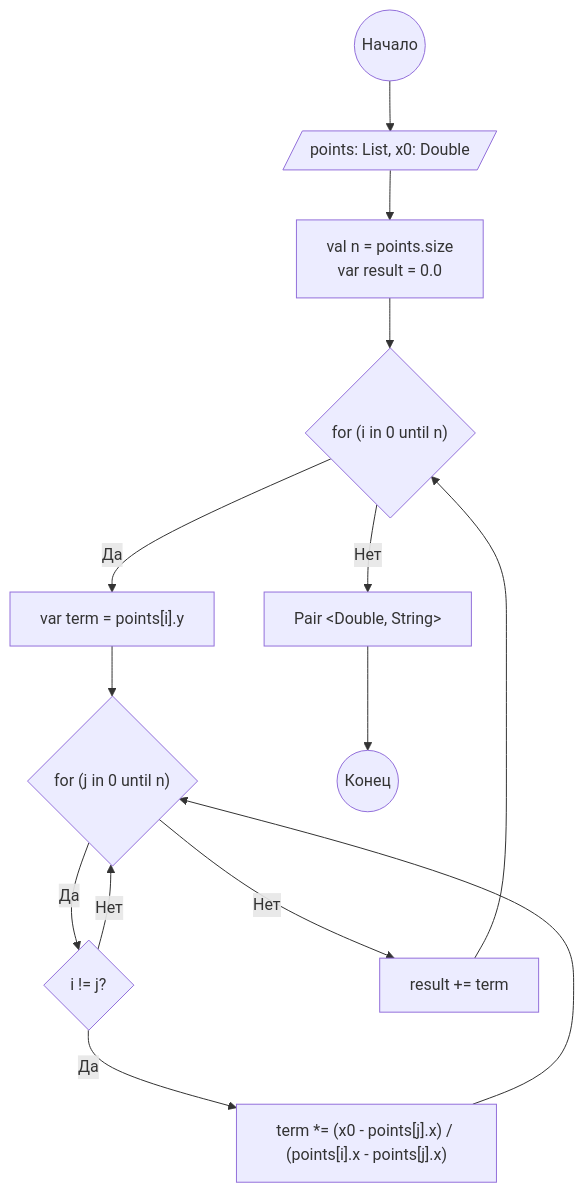
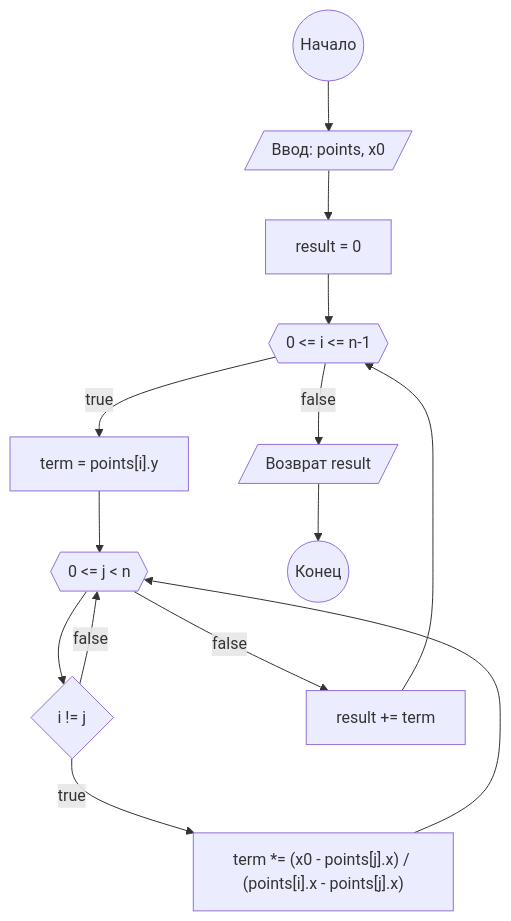
One commit to arekalov/CompMat-lab5 changed the diagram in docs/schemes/lagrange.mmd. Above: the diagram before and after it, drawn with Mermaid. The commit also changed 3 other files, not shown here.

```diff
--- a/docs/schemes/lagrange.mmd
+++ b/docs/schemes/lagrange.mmd
@@ -1,20 +1,18 @@
 graph TD
     A(("Начало"))
-    B[/"points: List<DataPoint>, x0: Double"/]
-    C["val n = points.size\nvar result = 0.0"]
-    D{"for (i in 0 until n)"}
-    E["var term = points[i].y"]
-    F{"for (j in 0 until n)"}
-    G{"i != j?"}
-    H["term *= (x0 - points[j].x) / (points[i].x - points[j].x)"]
-    I["result += term"]
-    J["Pair &lt;Double, String&gt; "]
-    K(("Конец"))
+    B[/"Ввод: points, x0"/]
+    C["result = 0"]
+    D{{"0 <= i <= n-1"}}
+    E["term = points[i].y"]
+    F{{"0 <= j < n"}}
+    COND{"i != j"}
+    G["term *= (x0 - points[j].x) / (points[i].x - points[j].x)"]
+    H["result += term"]
+    I[/"Возврат result"/]
+    J(("Конец"))
 
     A --> B --> C --> D
-    D -- Да --> E --> F
-    F -- Да --> G
-    G -- Да --> H --> F
-    G -- Нет --> F
-    F -- Нет --> I --> D
-    D -- Нет --> J --> K 
+    D -- true --> E --> F --> COND
+    COND -- true --> G --> F
+    COND -- false --> F -- false --> H --> D
+    D -- false --> I --> J 
```
